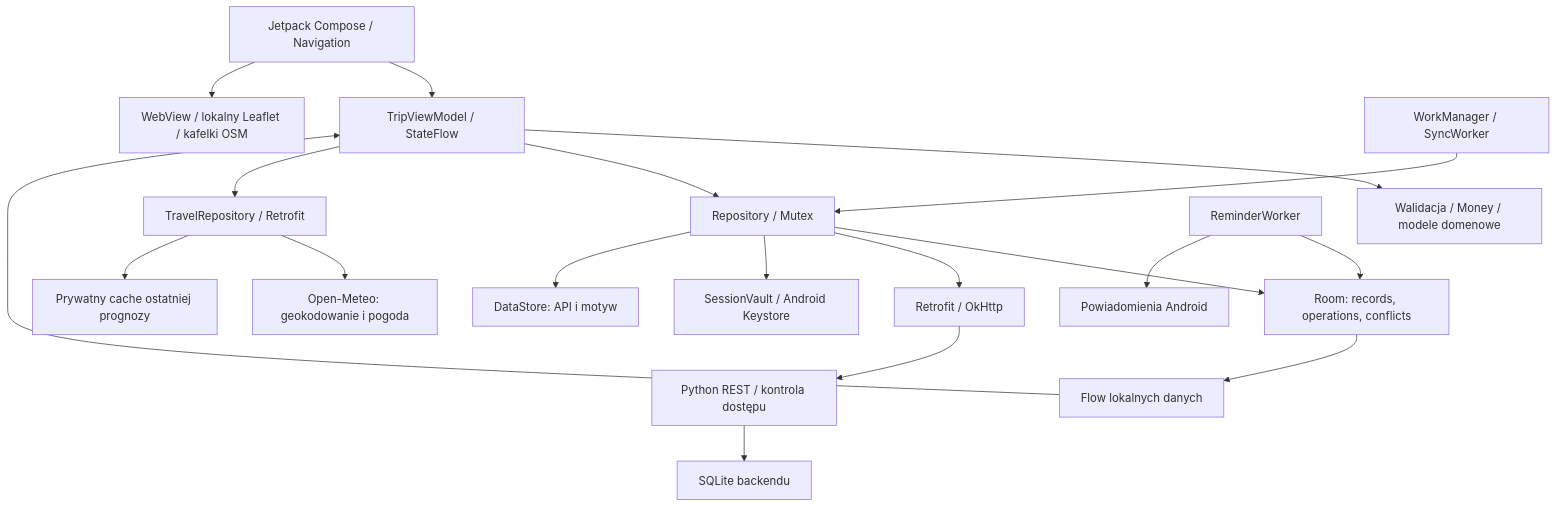
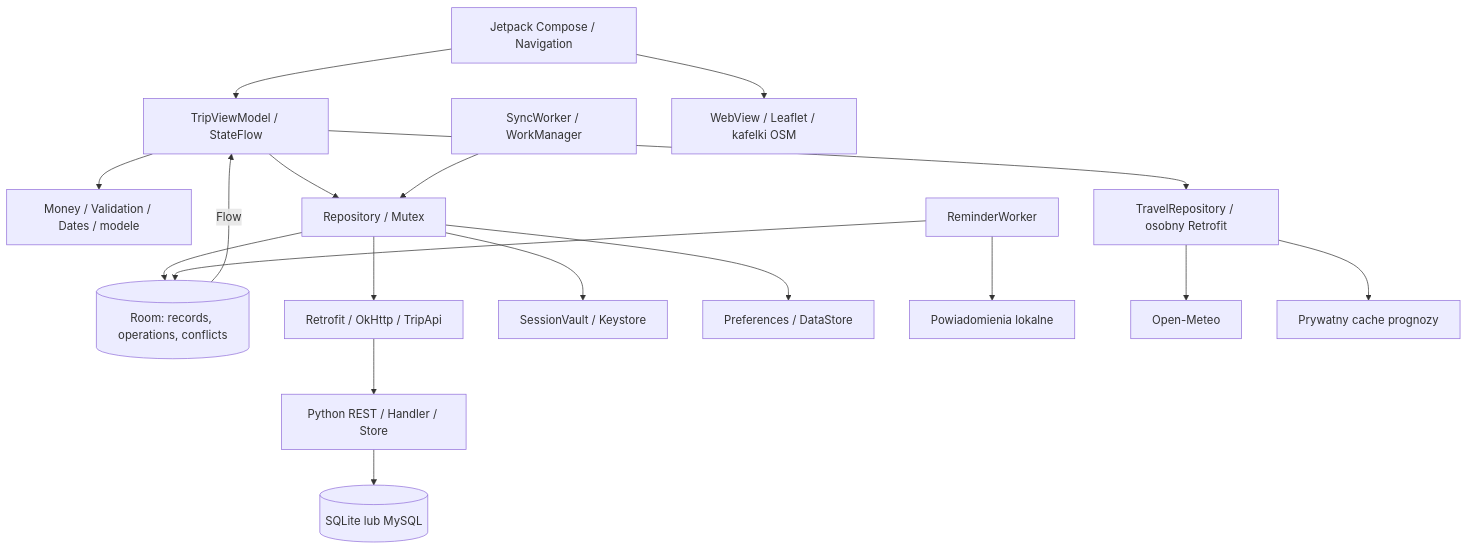
One commit to Yamoteusz/TripSync changed the diagram in docs/architektura.md. Above: the diagram before and after it, drawn with Mermaid. The commit also changed other lines of this file and 30 other files, not shown here.

````diff
--- a/docs/architektura.md
+++ b/docs/architektura.md
@@ -5,21 +13,20 @@
 ```mermaid
 flowchart TD
     UI[Jetpack Compose / Navigation] --> VM[TripViewModel / StateFlow]
-    VM --> DOMAIN[Walidacja / Money / modele domenowe]
+    VM --> DOMAIN[Money / Validation / Dates / modele]
     VM --> REPO[Repository / Mutex]
-    VM --> TRAVEL[TravelRepository / Retrofit]
-    TRAVEL --> METEO[Open-Meteo: geokodowanie i pogoda]
-    TRAVEL --> CACHE[Prywatny cache ostatniej prognozy]
-    UI --> MAP[WebView / lokalny Leaflet / kafelki OSM]
-    REPO --> ROOM[Room: records, operations, conflicts]
-    ROOM --> FLOW[Flow lokalnych danych]
-    FLOW --> VM
-    REPO --> API[Retrofit / OkHttp]
-    API --> SERVER[Python REST / kontrola dostępu]
-    SERVER --> SQLITE[SQLite backendu]
-    REPO --> VAULT[SessionVault / Android Keystore]
-    REPO --> PREFS[DataStore: API i motyw]
-    WORK[WorkManager / SyncWorker] --> REPO
+    REPO --> ROOM[(Room: records, operations, conflicts)]
+    ROOM -->|Flow| VM
+    REPO --> API[Retrofit / OkHttp / TripApi]
+    API --> SERVER[Python REST / Handler / Store]
+    SERVER --> DATABASE[(SQLite lub MySQL)]
+    REPO --> VAULT[SessionVault / Keystore]
+    REPO --> PREFS[Preferences / DataStore]
+    WORK[SyncWorker / WorkManager] --> REPO
     REMIND[ReminderWorker] --> ROOM
-    REMIND --> NOTIF[Powiadomienia Android]
+    REMIND --> NOTIF[Powiadomienia lokalne]
+    VM --> TRAVEL[TravelRepository / osobny Retrofit]
+    TRAVEL --> METEO[Open-Meteo]
+    TRAVEL --> CACHE[Prywatny cache prognozy]
+    UI --> MAP[WebView / Leaflet / kafelki OSM]
 ```
````
